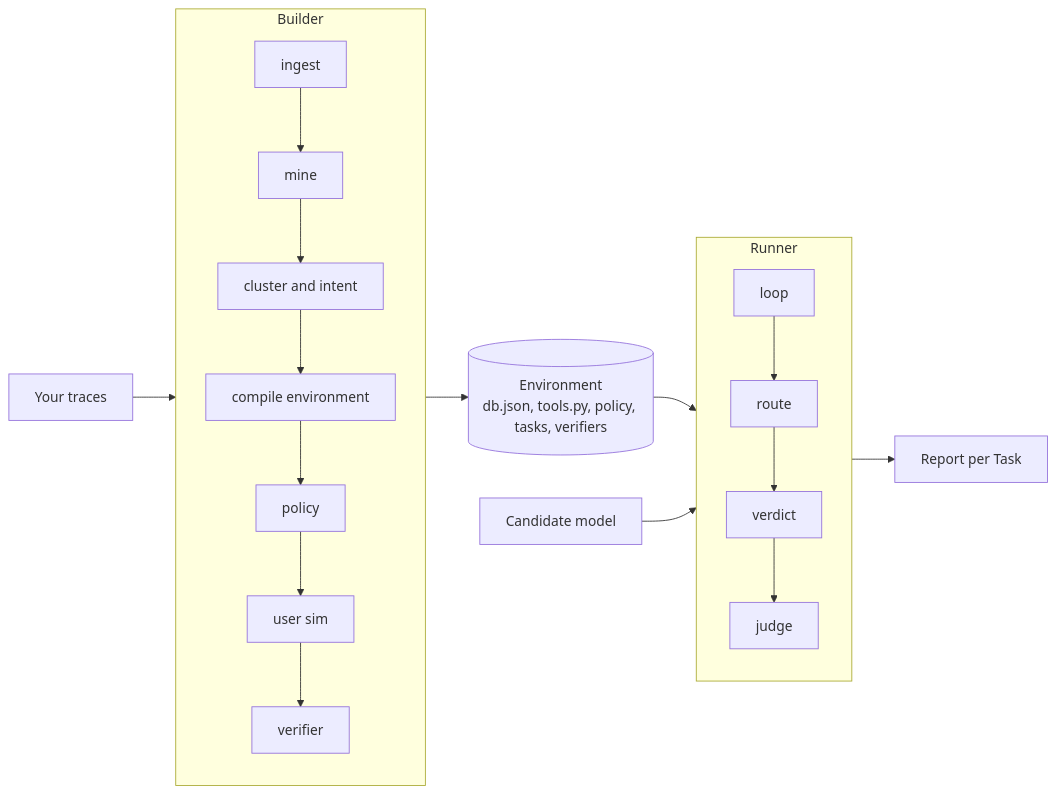
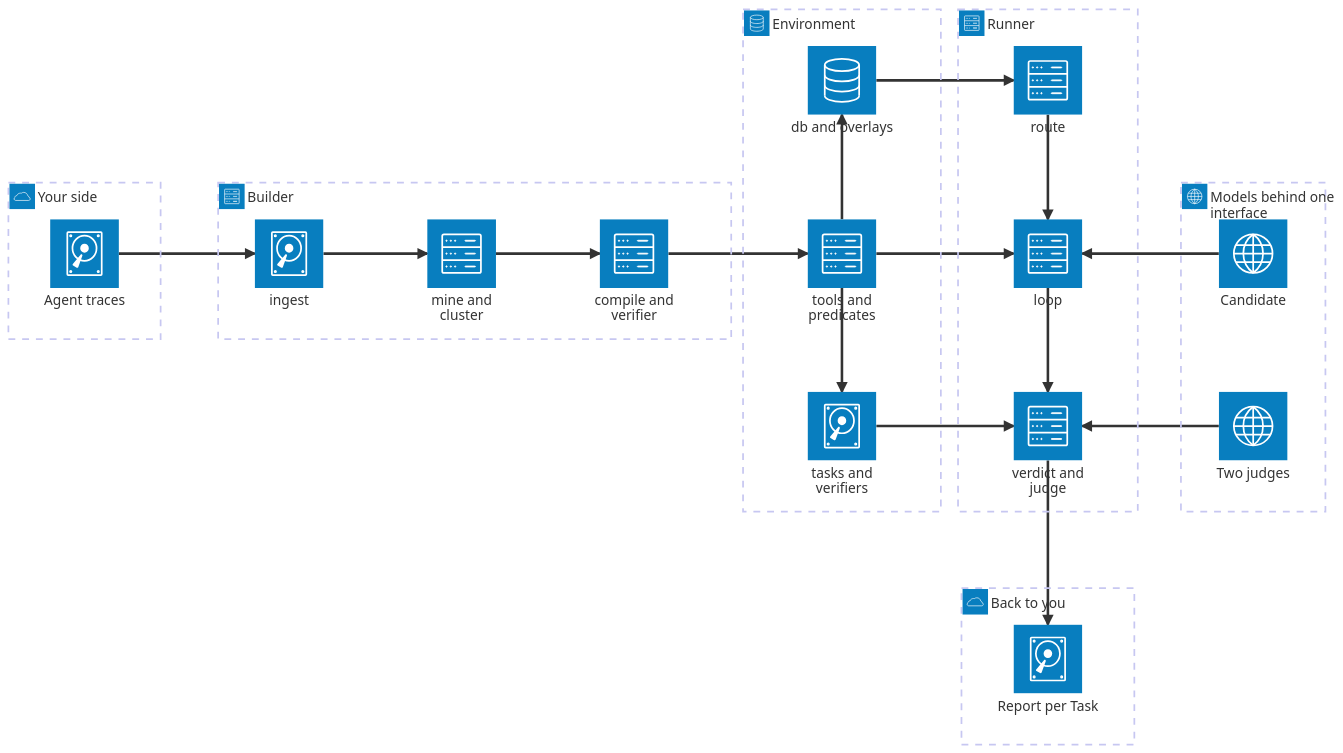
One commit to leiblerdev/kullback changed the first of 3 diagrams in README.md. Above: the diagram before and after it, drawn with Mermaid. The commit also changed other lines of this file, not shown here.

Commit message:
README: architecture diagram of Builder, Environment, Runner and models
Compacted from origin/main history. Tree matches the last source commit.

````diff
--- a/README.md
+++ b/README.md
@@ -21,17 +21,42 @@
 ```mermaid
-flowchart LR
-    T[Your traces] --> B
-    subgraph B[Builder]
-        direction TB
-        I[ingest] --> M[mine] --> C[cluster and intent] --> E[compile environment] --> P[policy] --> U[user sim] --> V[verifier]
-    end
-    B --> ENV[(Environment<br/>db.json, tools.py, policy, tasks, verifiers)]
-    ENV --> R
-    subgraph R[Runner]
-        direction TB
-        L[loop] --> RT[route] --> VD[verdict]
-        VD --> J[judge]
-    end
-    CAND[Candidate model] --> R
-    R --> REP[Report per Task]
+architecture-beta
+    group you(cloud)[Your side]
+    service traces(disk)[Agent traces] in you
+
+    group builder(server)[Builder]
+    service ingest(disk)[ingest] in builder
+    service mine(server)[mine and cluster] in builder
+    service build(server)[compile and verifier] in builder
+
+    group env(database)[Environment]
+    service world(database)[db and overlays] in env
+    service tools(server)[tools and predicates] in env
+    service verifiers(disk)[tasks and verifiers] in env
+
+    group runner(server)[Runner]
+    service loop(server)[loop] in runner
+    service route(server)[route] in runner
+    service verdict(server)[verdict and judge] in runner
+
+    group models(internet)[Models behind one interface]
+    service candidate(internet)[Candidate] in models
+    service judges(internet)[Two judges] in models
+
+    group out(cloud)[Back to you]
+    service report(disk)[Report per Task] in out
+
+    traces:R --> L:ingest
+    ingest:R --> L:mine
+    mine:R --> L:build
+    build:R --> L:tools
+    tools:T --> B:world
+    tools:B --> T:verifiers
+    world:R --> L:route
+    tools:R --> L:loop
+    verifiers:R --> L:verdict
+    route:B --> T:loop
+    loop:B --> T:verdict
+    candidate:L --> R:loop
+    judges:L --> R:verdict
+    verdict:B --> T:report
 ```
````
